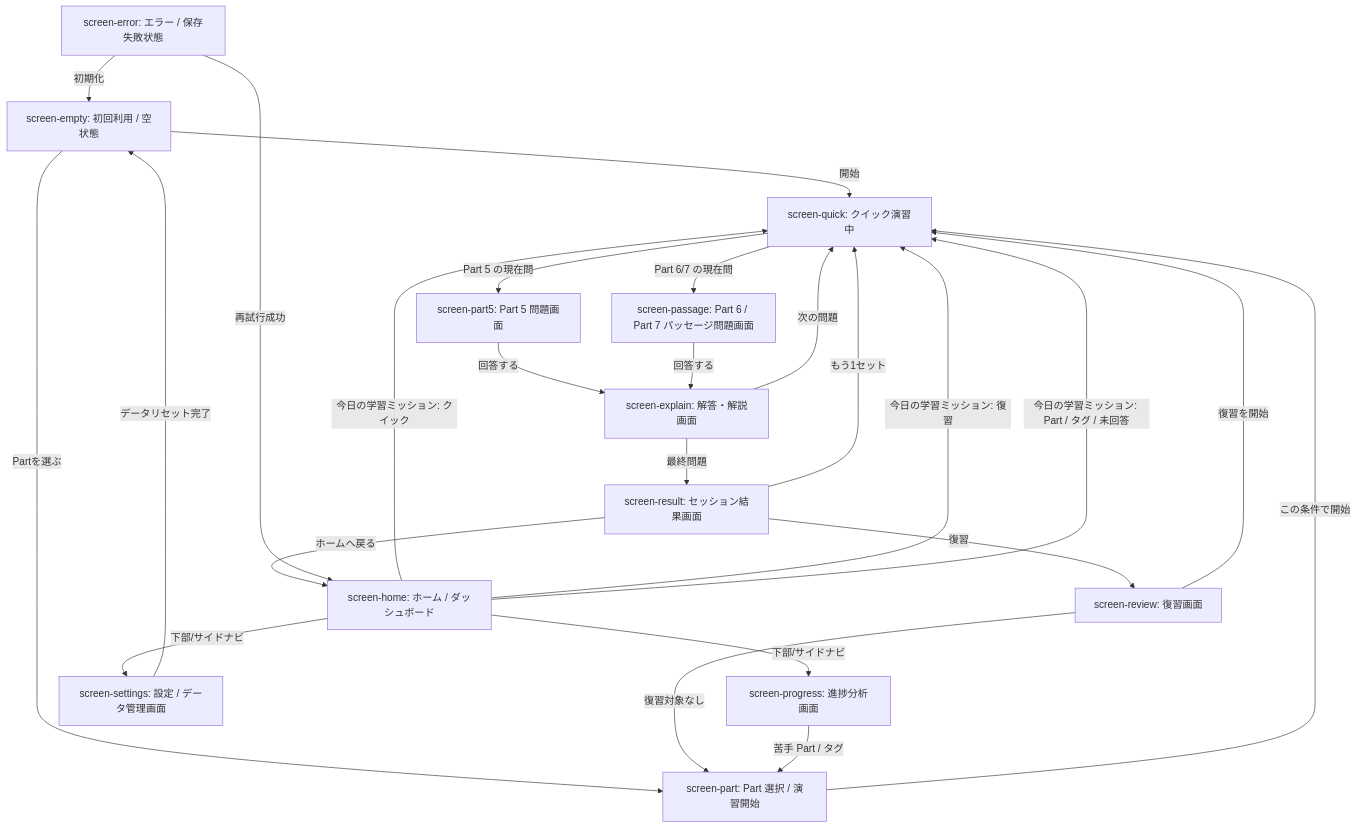
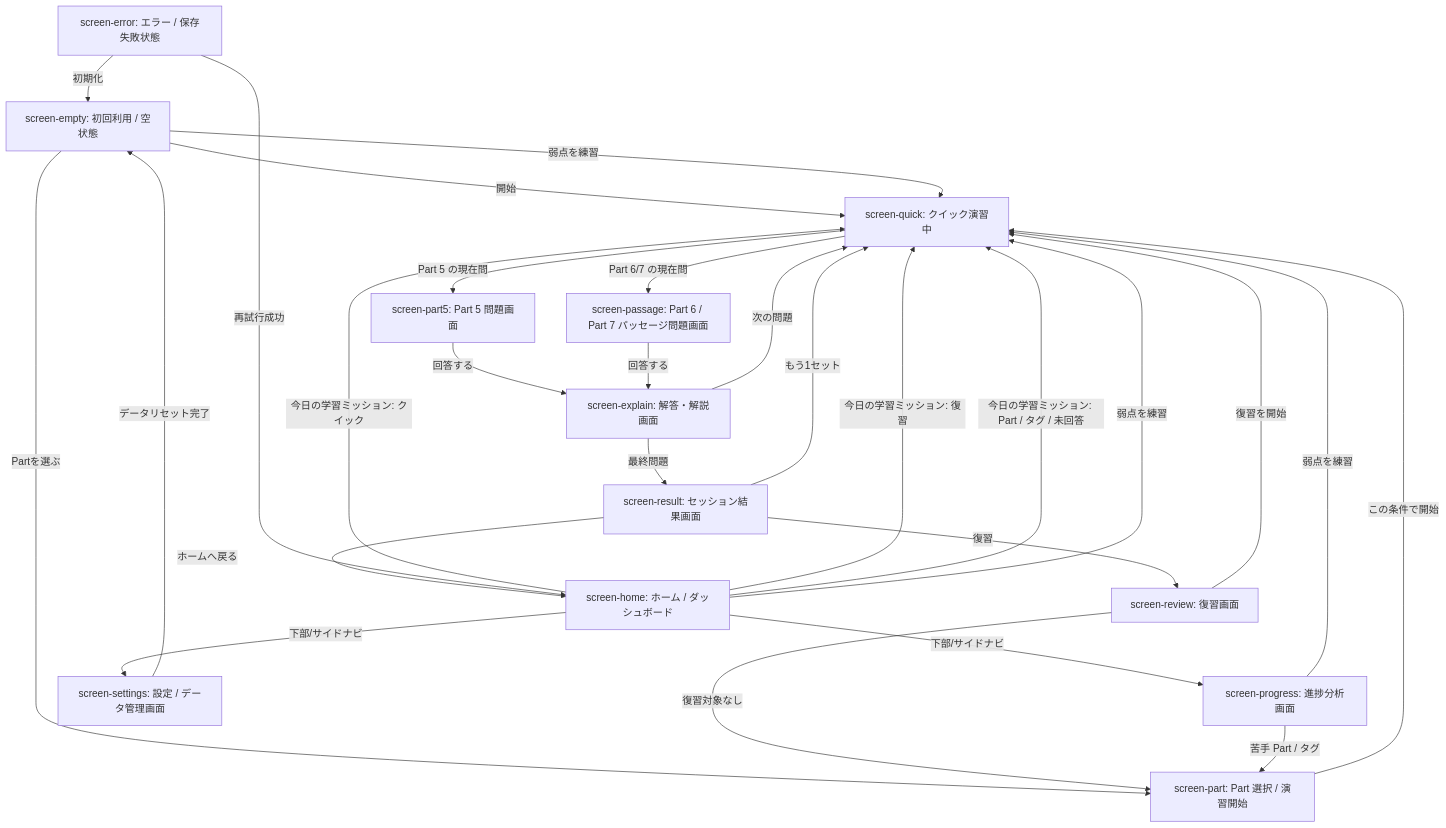
Before and after one commit to komavideo/nextjs-toeic: the first of 5 diagrams in docs/WIREFLOW.md, drawn with Mermaid. The commit also changed other lines of this file and 3 other files, not shown here.

````diff
--- a/docs/WIREFLOW.md
+++ b/docs/WIREFLOW.md
@@ -30,39 +30,42 @@
 ```mermaid
 flowchart TD
   Empty["screen-empty: 初回利用 / 空状態"]
   Home["screen-home: ホーム / ダッシュボード"]
   Part["screen-part: Part 選択 / 演習開始"]
   Quick["screen-quick: クイック演習中"]
   Part5["screen-part5: Part 5 問題画面"]
   Passage["screen-passage: Part 6 / Part 7 パッセージ問題画面"]
   Explain["screen-explain: 解答・解説画面"]
   Result["screen-result: セッション結果画面"]
   Review["screen-review: 復習画面"]
   Progress["screen-progress: 進捗分析画面"]
   Settings["screen-settings: 設定 / データ管理画面"]
   Error["screen-error: エラー / 保存失敗状態"]
 
   Empty -->|開始| Quick
   Empty -->|Partを選ぶ| Part
+  Empty -->|弱点を練習| Quick
   Home -->|今日の学習ミッション: クイック| Quick
   Home -->|今日の学習ミッション: 復習| Quick
   Home -->|今日の学習ミッション: Part / タグ / 未回答| Quick
+  Home -->|弱点を練習| Quick
   Home -->|下部/サイドナビ| Progress
   Home -->|下部/サイドナビ| Settings
   Part -->|この条件で開始| Quick
   Quick -->|Part 5 の現在問| Part5
   Quick -->|Part 6/7 の現在問| Passage
   Part5 -->|回答する| Explain
   Passage -->|回答する| Explain
   Explain -->|次の問題| Quick
   Explain -->|最終問題| Result
   Result -->|復習| Review
   Result -->|もう1セット| Quick
   Result -->|ホームへ戻る| Home
   Review -->|復習を開始| Quick
   Review -->|復習対象なし| Part
   Progress -->|苦手 Part / タグ| Part
+  Progress -->|弱点を練習| Quick
   Settings -->|データリセット完了| Empty
   Error -->|再試行成功| Home
   Error -->|初期化| Empty
 ```
````
